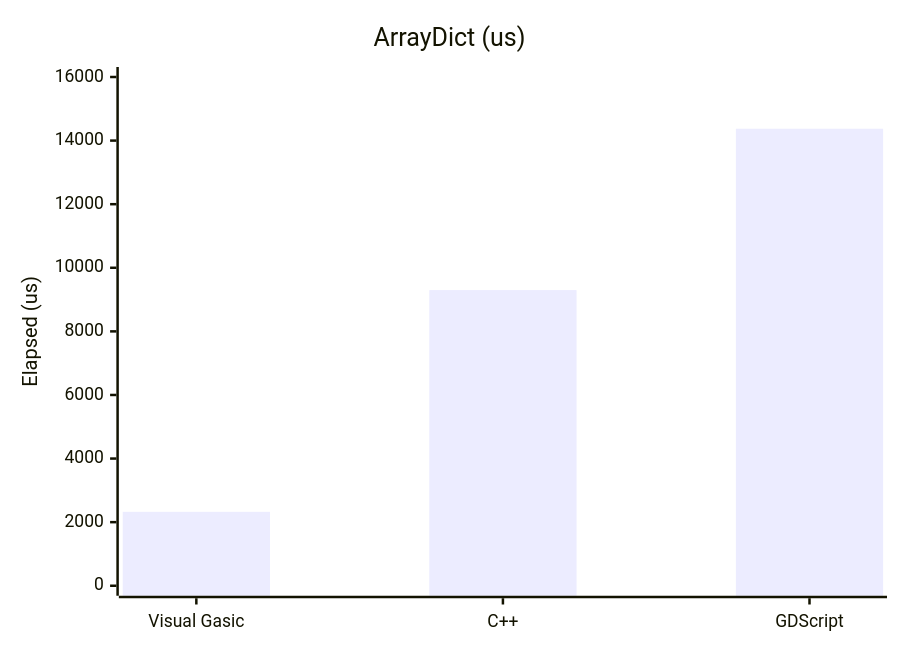
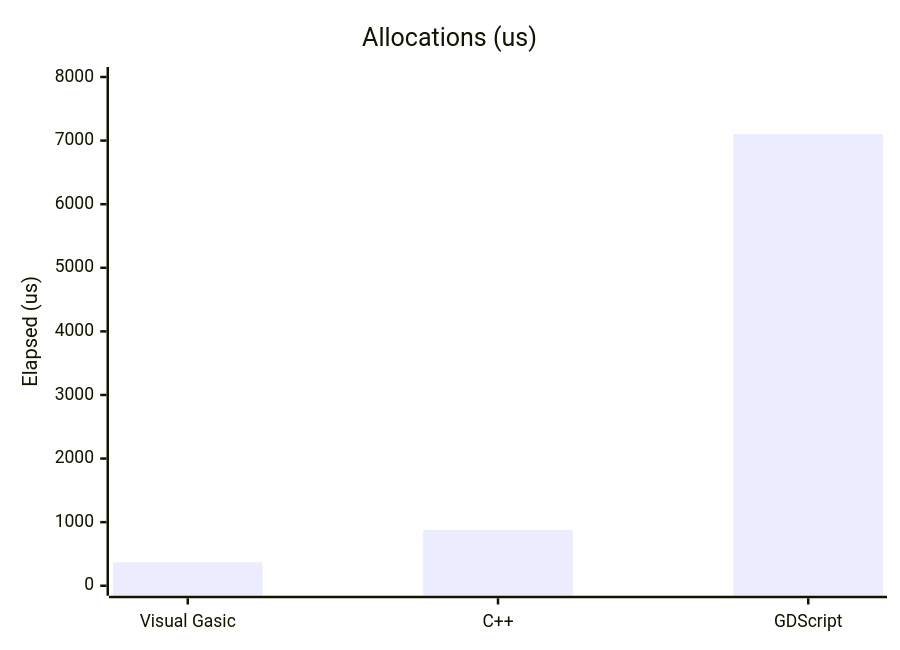
The fifth of 10 diagrams in docs/manual/performance.md (xgreenrx-star/VisualGasic), drawn with Mermaid before and after one commit. The commit also changed other lines of this file and 5 other files, not shown here.

````diff
--- a/docs/manual/performance.md
+++ b/docs/manual/performance.md
@@ -109,7 +106,7 @@
 ```mermaid
 xychart-beta
-    title "ArrayDict (us)"
+    title "Allocations (us)"
     x-axis ["Visual Gasic","C++","GDScript"]
-    y-axis "Elapsed (us)" 0 --> 16000
-    bar [2325,9298,14373]
+    y-axis "Elapsed (us)" 0 --> 8000
+    bar [368,878,7101]
 ```
````
